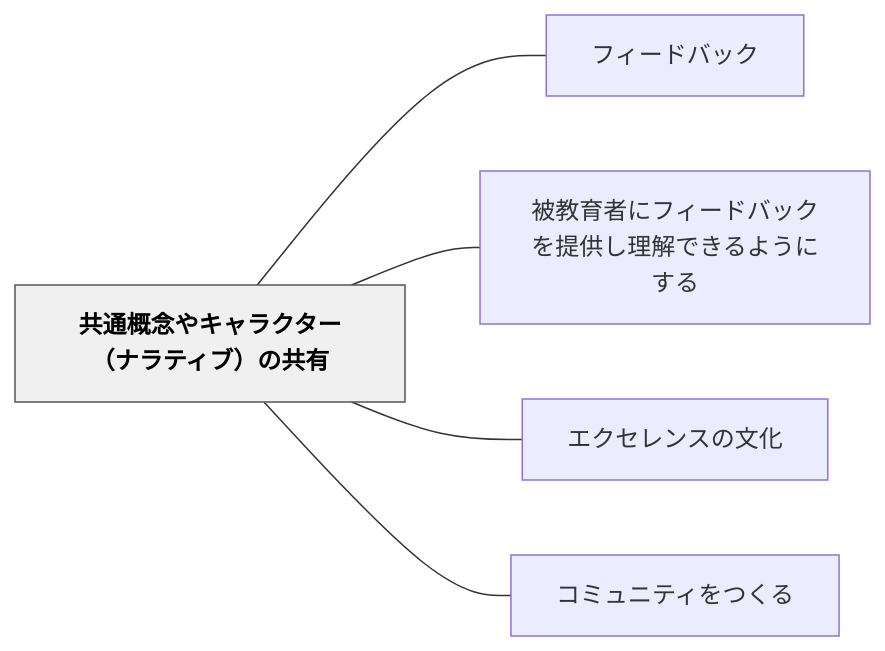
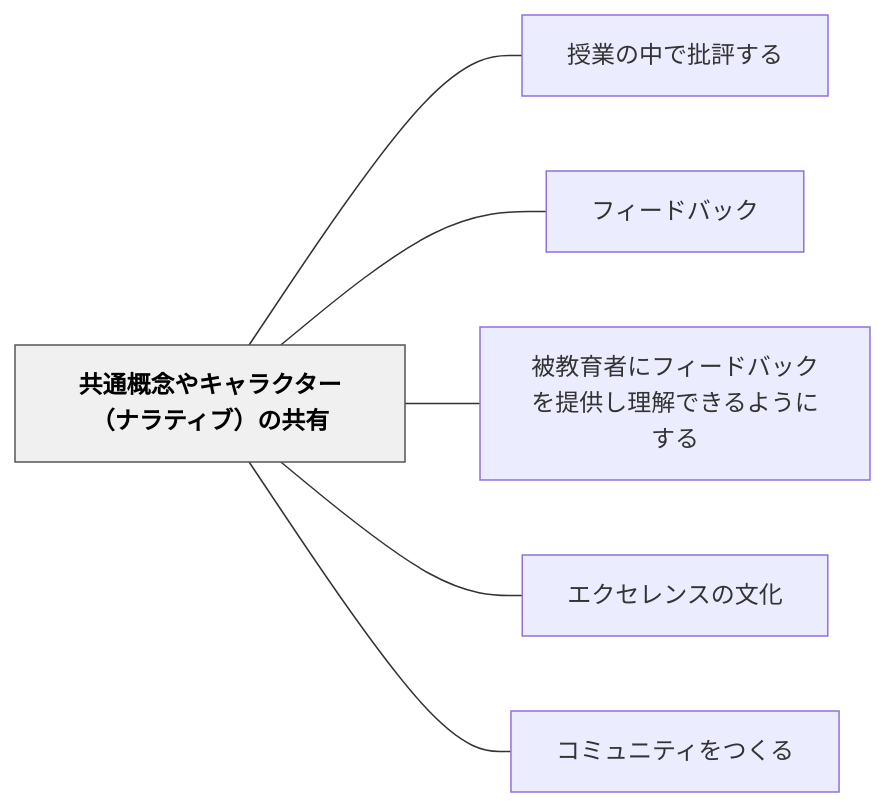
The diagram in content/パタン/共通概念やキャラクター（ナラティブ）の共有.md (unknownthings-ed-patterns/unknownthings-ed-patterns), drawn with Mermaid before and after one commit. The commit also changed other lines of this file and 473 other files, not shown here.

````diff
--- a/content/パタン/共通概念やキャラクター（ナラティブ）の共有.md
+++ b/content/パタン/共通概念やキャラクター（ナラティブ）の共有.md
@@ -52,16 +53,18 @@
 ```mermaid
 flowchart LR
     ne585b1e9809a["共通概念やキャラクター（ナラティブ）の共有"]
+    ne68e88e6a5ad["授業の中で批評する"]
     ne38395e382a3["フィードバック"]
     ne8a2abe69599["被教育者にフィードバックを提供し理解できるようにする"]
     ne382a8e382af["エクセレンスの文化"]
     ne382b3e3839f["コミュニティをつくる"]
 
+    ne585b1e9809a --- ne68e88e6a5ad
     ne585b1e9809a --- ne38395e382a3
     ne585b1e9809a --- ne8a2abe69599
     ne585b1e9809a --- ne382a8e382af
     ne585b1e9809a --- ne382b3e3839f
 
     classDef hub fill:#f0f0f0,stroke:#555,color:#000,font-weight:bold
     class ne585b1e9809a hub
 ```
````
